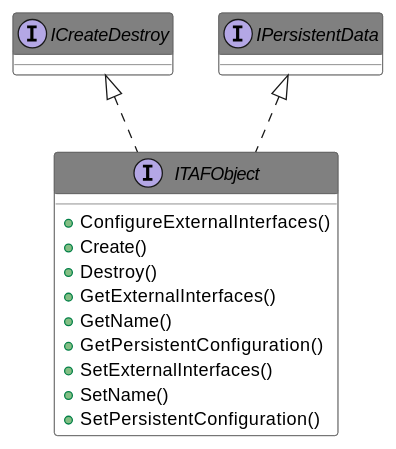
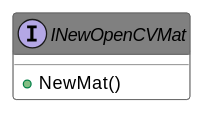
The diagram in Source/Antidoc-Output/Includes/019.adoc (PatriekBruins/TriekselsoftApplicationFramework), drawn with PlantUML before and after one commit. The commit also changed other lines of this file and 692 other files, not shown here.

```diff
--- a/Source/Antidoc-Output/Includes/019.adoc
+++ b/Source/Antidoc-Output/Includes/019.adoc
@@ -8,32 +8,19 @@
 [plantuml, format="svg", align="center"]
 ....
 @startuml
 set namespaceSeparator :
 skinparam ClassBackgroundColor #FFFFFF
 skinparam ClassBorderColor #555555
 skinparam ClassFontColor #000000
 skinparam ClassHeaderBackgroundColor #808080
 
 skinparam top to bottom direction
-interface "ITAFObject" {
-{method} +ConfigureExternalInterfaces()
-{method} +Create()
-{method} +Destroy()
-{method} +GetExternalInterfaces()
-{method} +GetName()
-{method} +GetPersistentConfiguration()
-{method} +SetExternalInterfaces()
-{method} +SetName()
-{method} +SetPersistentConfiguration()
+interface "INewOpenCVMat" {
+{method} +NewMat()
 
 }
-"ICreateDestroy" <|.. "ITAFObject"
-interface "ICreateDestroy" {}
-"IPersistentData" <|.. "ITAFObject"
-interface "IPersistentData" {}
-
 
 
 
 @enduml
 ....
```
